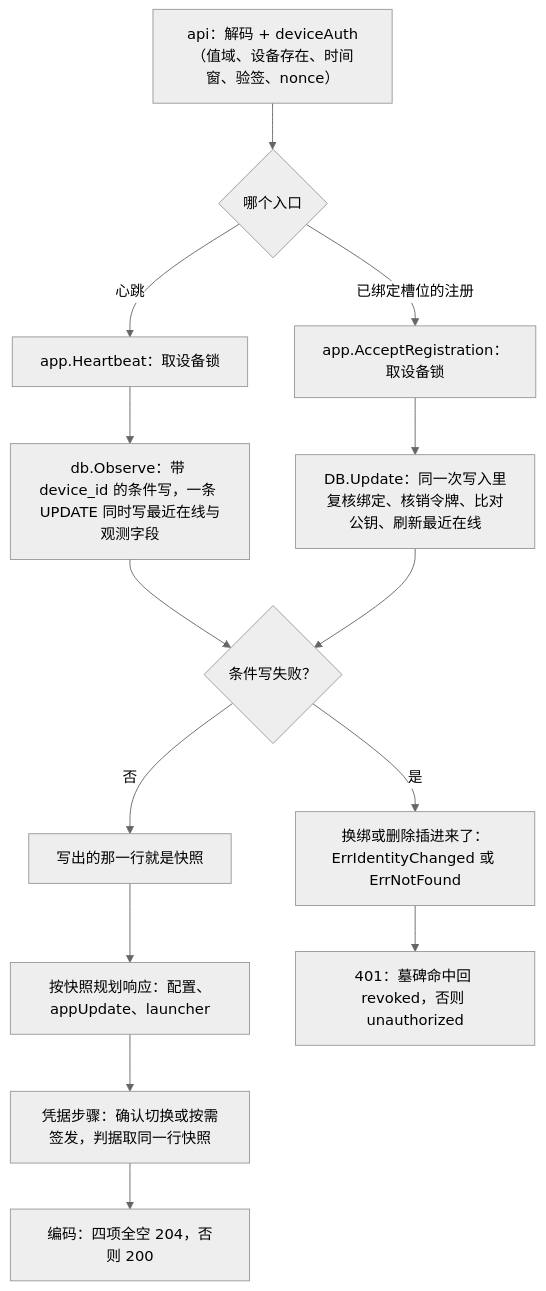
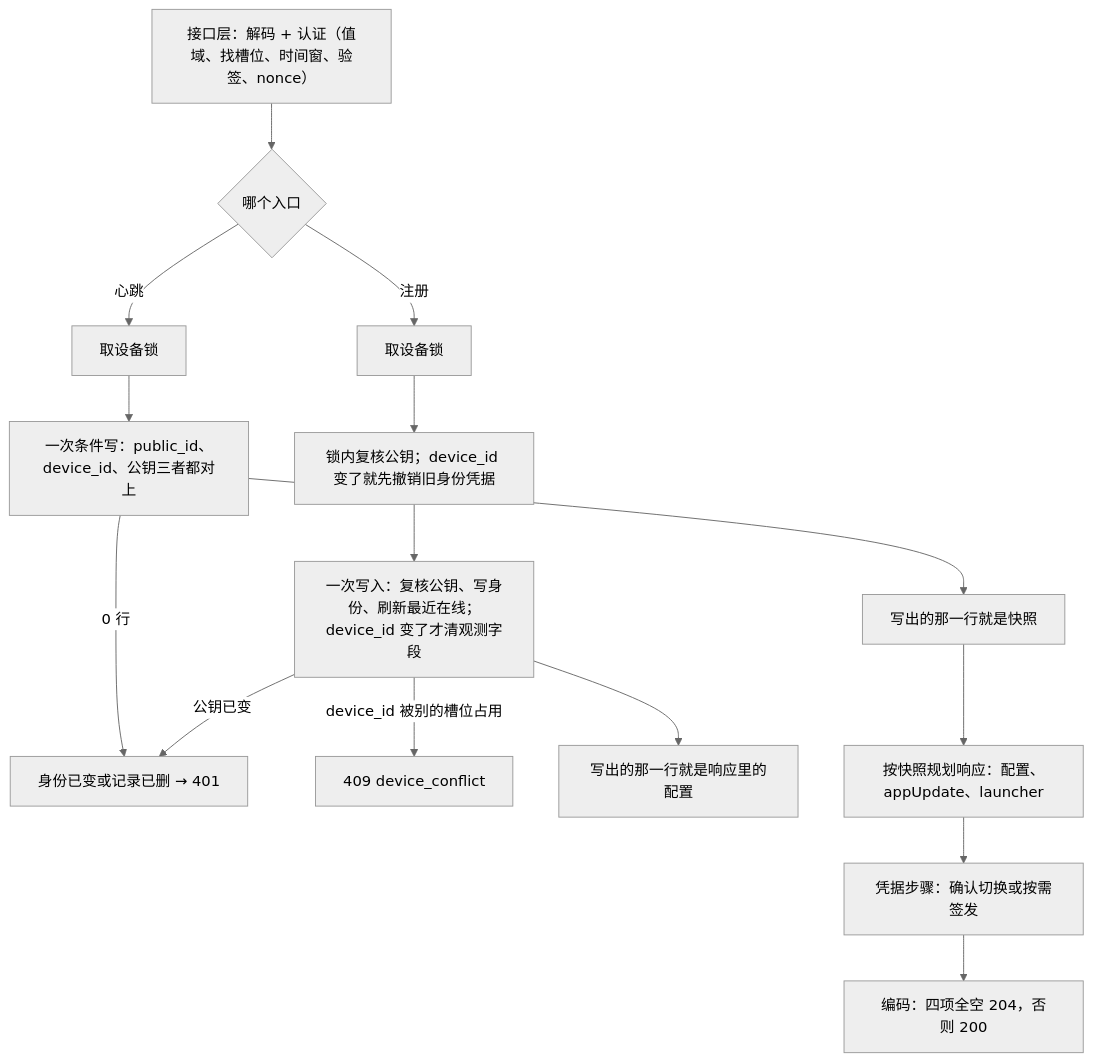
Before and after one commit to hm-service/mesh-server: the fifth of 6 diagrams in docs/states.md, drawn with Mermaid (neutral theme). The commit also changed other lines of this file and 33 other files, not shown here.

````diff
--- a/docs/states.md
+++ b/docs/states.md
@@ -189,16 +194,17 @@
 ```mermaid
 flowchart TD
-  A["api：解码 + deviceAuth（值域、设备存在、时间窗、验签、nonce）"] --> B{"哪个入口"}
-  B -- 心跳 --> C["app.Heartbeat：取设备锁"]
-  B -- 已绑定槽位的注册 --> D["app.AcceptRegistration：取设备锁"]
-  C --> E["db.Observe：带 device_id 的条件写，一条 UPDATE 同时写最近在线与观测字段"]
-  D --> F["DB.Update：同一次写入里复核绑定、核销令牌、比对公钥、刷新最近在线"]
-  E --> G{"条件写失败？"}
-  F --> G
-  G -- 是 --> H["换绑或删除插进来了：ErrIdentityChanged 或 ErrNotFound"]
-  G -- 否 --> I["写出的那一行就是快照"]
-  I --> J["按快照规划响应：配置、appUpdate、launcher"]
-  J --> K["凭据步骤：确认切换或按需签发，判据取同一行快照"]
-  K --> L["编码：四项全空 204，否则 200"]
-  H --> M["401：墓碑命中回 revoked，否则 unauthorized"]
+  A["接口层：解码 + 认证（值域、找槽位、时间窗、验签、nonce）"] --> B{"哪个入口"}
+  B -- 心跳 --> C["取设备锁"]
+  B -- 注册 --> D["取设备锁"]
+  C --> E["一次条件写：public_id、device_id、公钥三者都对上"]
+  E -- 0 行 --> F["身份已变或记录已删 → 401"]
+  E --> G["写出的那一行就是快照"]
+  D --> H["锁内复核公钥；device_id 变了就先撤销旧身份凭据"]
+  H --> I["一次写入：复核公钥、写身份、刷新最近在线；device_id 变了才清观测字段"]
+  I -- 公钥已变 --> F
+  I -- device_id 被别的槽位占用 --> J["409 device_conflict"]
+  I --> K["写出的那一行就是响应里的配置"]
+  G --> L["按快照规划响应：配置、appUpdate、launcher"]
+  L --> M["凭据步骤：确认切换或按需签发"]
+  M --> N["编码：四项全空 204，否则 200"]
 ```
````
